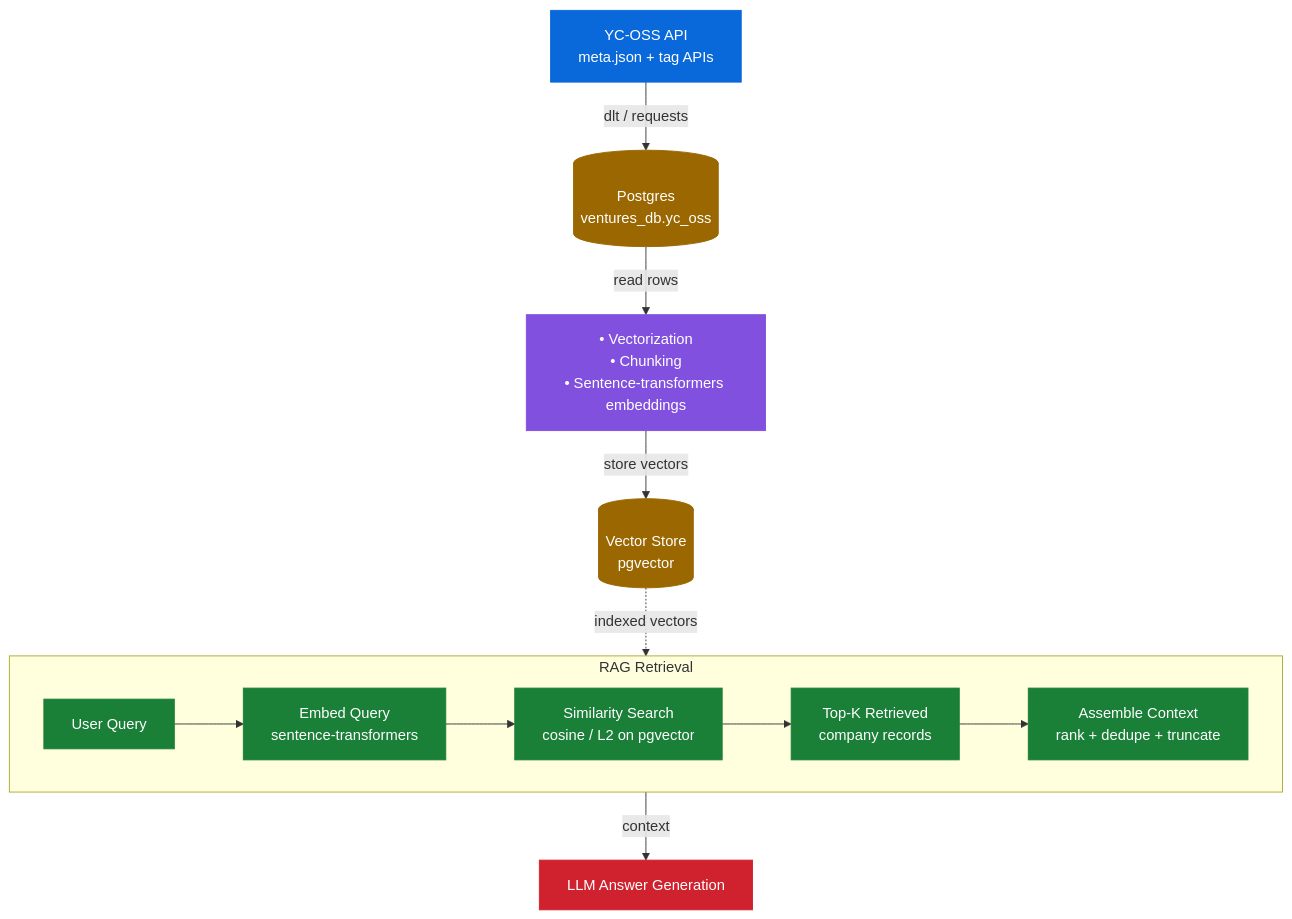
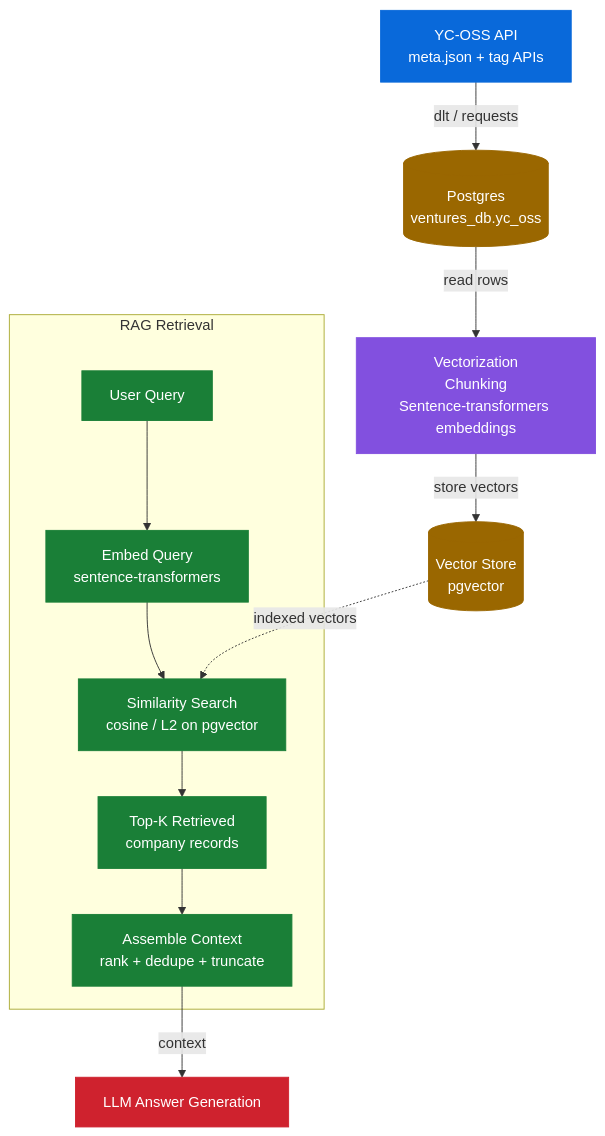
One commit to dakn2005/YC-Ventures-AI changed the second of 2 diagrams in Readme.md. Above: the diagram before and after it, drawn with Mermaid.

Commit message:
fixing mermaid retrieval flow

````diff
--- a/Readme.md
+++ b/Readme.md
@@ -160,30 +160,29 @@
 ```mermaid
 flowchart TD
     A["YC-OSS API<br/>meta.json + tag APIs"] -->|dlt / requests| B[("Postgres<br/>ventures_db.yc_oss")]
-    B -->|read rows| C["• Vectorization<br/>• Chunking<br/>• Sentence-transformers embeddings"]
+    B -->|read rows| C["Vectorization<br/>Chunking<br/>Sentence-transformers embeddings"]
     C -->|store vectors| D[("Vector Store<br/>pgvector")]
 
     subgraph RAG["RAG Retrieval"]
-        direction LR
         Q["User Query"] --> QE["Embed Query<br/>sentence-transformers"]
         QE --> SIM["Similarity Search<br/>cosine / L2 on pgvector"]
         SIM --> TOPK["Top-K Retrieved<br/>company records"]
         TOPK --> CTX["Assemble Context<br/>rank + dedupe + truncate"]
     end
 
     D -.->|indexed vectors| SIM
     CTX -->|context| F["LLM Answer Generation"]
 
     classDef api fill:#0969da,color:#ffffff,stroke:#0969da,stroke-width:1px;
     classDef db fill:#9a6700,color:#ffffff,stroke:#9a6700,stroke-width:1px;
     classDef vec fill:#8250df,color:#ffffff,stroke:#8250df,stroke-width:1px;
     classDef rag fill:#1a7f37,color:#ffffff,stroke:#1a7f37,stroke-width:1px;
     classDef gen fill:#cf222e,color:#ffffff,stroke:#cf222e,stroke-width:1px;
 
     class A api;
     class B,D db;
     class C vec;
     class Q,QE,SIM,TOPK,CTX rag;
     class F gen;
 
 ```
````
